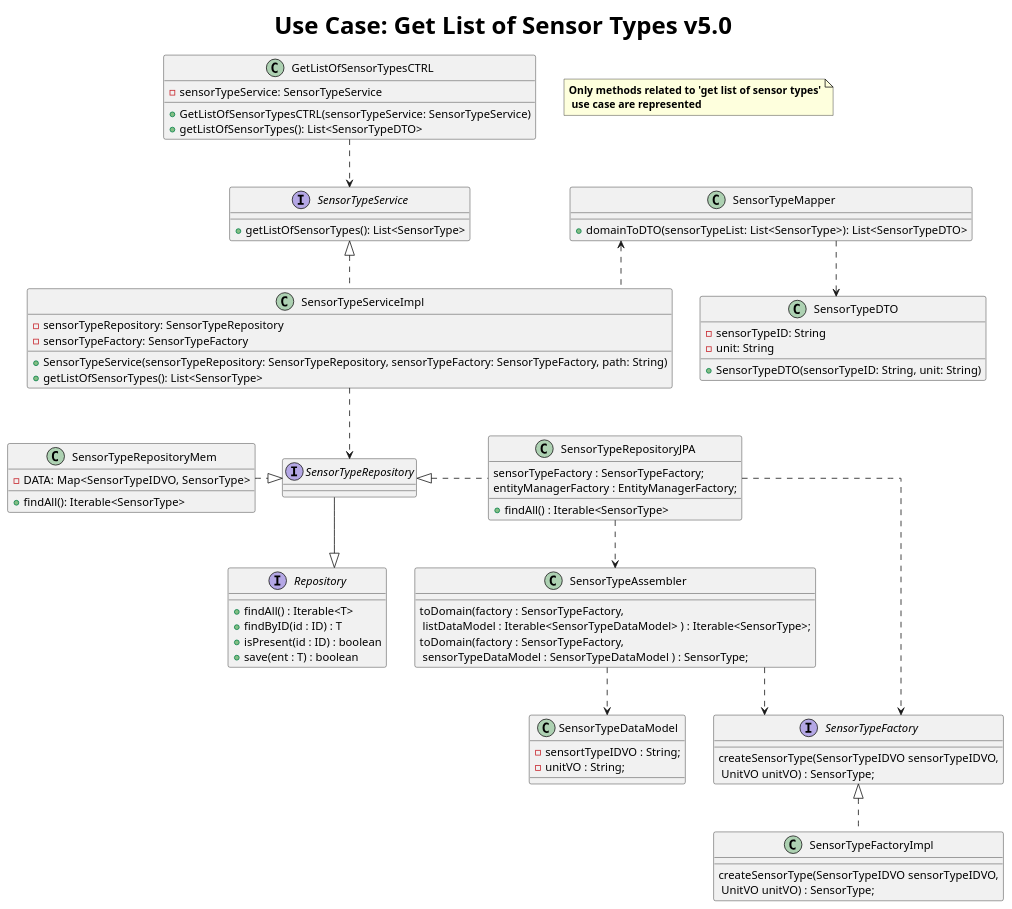
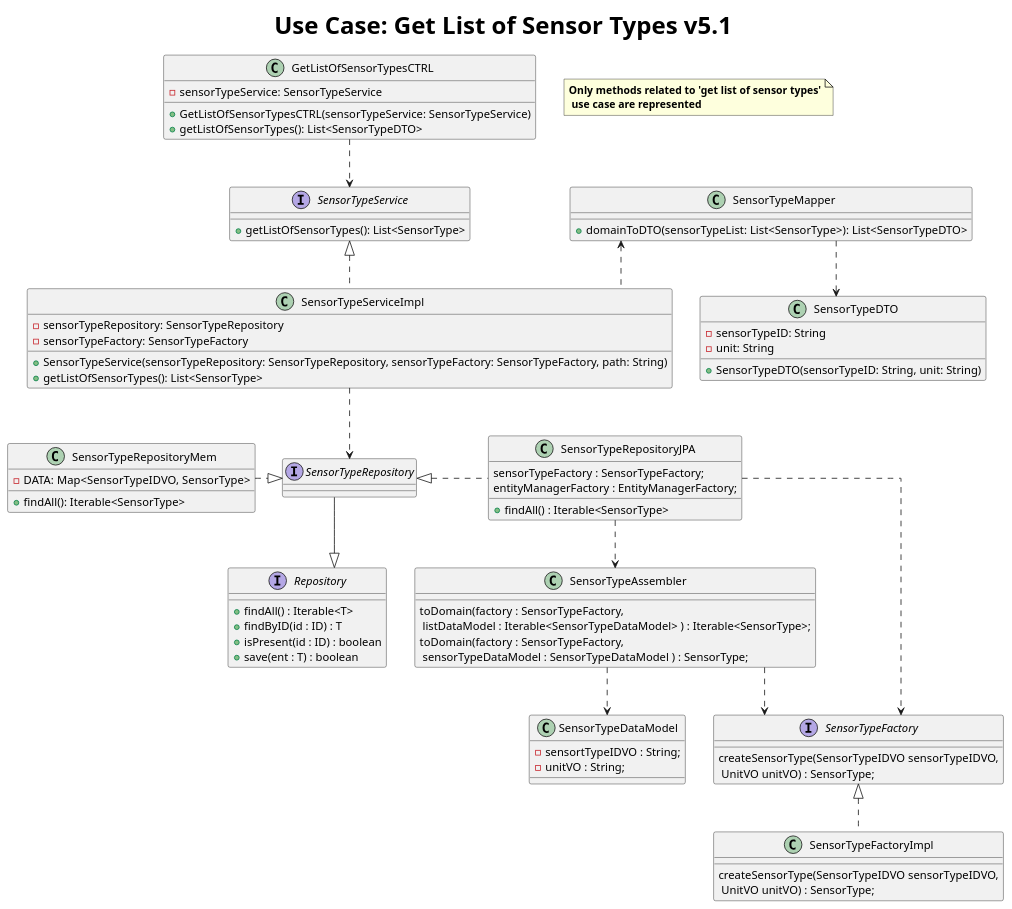
Before and after one commit to AfonsoNeves77/smartHouse: the diagram in docs/usecases/getlistofsensortypes/GetListOfSensorTypes_ClassDiagram_v5.1.puml, drawn with PlantUML. The commit also changed 3 other files, not shown here.

Commit message:
[docs] refactor GetListOfSensorTypes Sequence Diagram so that it reflects Interface usage. Fixes #308

```diff
--- a/docs/usecases/getlistofsensortypes/GetListOfSensorTypes_ClassDiagram_v5.1.puml
+++ b/docs/usecases/getlistofsensortypes/GetListOfSensorTypes_ClassDiagram_v5.1.puml
@@ -1,89 +1,89 @@
 @startuml
-title <size: 30> Use Case: Get List of Sensor Types v5.0
+title <size: 30> Use Case: Get List of Sensor Types v5.1
 note "<b>Only methods related to 'get list of sensor types'\n<b> use case are represented" as N1
 skinparam linetype ortho
 
 GetListOfSensorTypesCTRL ..> SensorTypeService
 
 
 SensorTypeServiceImpl ..down> SensorTypeRepository
 SensorTypeServiceImpl ..up|> SensorTypeService
 SensorTypeServiceImpl ..up> SensorTypeMapper
 SensorTypeRepositoryMem ..right|> SensorTypeRepository
 SensorTypeRepositoryJPA ..left|> SensorTypeRepository
 SensorTypeRepository --|> Repository
 SensorTypeMapper ..> SensorTypeDTO
 SensorTypeRepositoryJPA ..right> SensorTypeFactory
 SensorTypeFactoryImpl ..up|> SensorTypeFactory
 SensorTypeRepositoryJPA ..down> SensorTypeAssembler
 SensorTypeAssembler ..> SensorTypeFactory
 SensorTypeAssembler ..> SensorTypeDataModel
 
 class SensorTypeDataModel{
     - sensortTypeIDVO : String;
     - unitVO : String;
 }
 
 
 class SensorTypeAssembler{
     toDomain(factory : SensorTypeFactory,\n listDataModel : Iterable<SensorTypeDataModel> ) : Iterable<SensorType>;
     toDomain(factory : SensorTypeFactory,\n sensorTypeDataModel : SensorTypeDataModel ) : SensorType;
 }
 
 
 class SensorTypeFactoryImpl{
     createSensorType(SensorTypeIDVO sensorTypeIDVO,\n UnitVO unitVO) : SensorType;
 }
 
 interface SensorTypeFactory{
     createSensorType(SensorTypeIDVO sensorTypeIDVO,\n UnitVO unitVO) : SensorType;
 }
 
 class SensorTypeRepositoryJPA{
     sensorTypeFactory : SensorTypeFactory;
     entityManagerFactory : EntityManagerFactory;
     + findAll() : Iterable<SensorType>
 }
 
 class GetListOfSensorTypesCTRL {
     - sensorTypeService: SensorTypeService
     +GetListOfSensorTypesCTRL(sensorTypeService: SensorTypeService)
     +getListOfSensorTypes(): List<SensorTypeDTO>
 }
 
 class SensorTypeServiceImpl {
     - sensorTypeRepository: SensorTypeRepository
     - sensorTypeFactory: SensorTypeFactory
     +SensorTypeService(sensorTypeRepository: SensorTypeRepository, sensorTypeFactory: SensorTypeFactory, path: String)
     +getListOfSensorTypes(): List<SensorType>
 }
 
 class SensorTypeRepositoryMem{
     - DATA: Map<SensorTypeIDVO, SensorType>
     + findAll(): Iterable<SensorType>
 }
 
 class SensorTypeMapper {
     +domainToDTO(sensorTypeList: List<SensorType>): List<SensorTypeDTO>
 }
 
 interface SensorTypeService {
     + getListOfSensorTypes(): List<SensorType>
 }
 
 interface SensorTypeRepository {}
 
 interface Repository {
     + findAll() : Iterable<T>
     + findByID(id : ID) : T
     + isPresent(id : ID) : boolean
     + save(ent : T) : boolean
 }
 
 class SensorTypeDTO {
     - sensorTypeID: String
     - unit: String
     +SensorTypeDTO(sensorTypeID: String, unit: String)
 }
 
 @enduml
```
